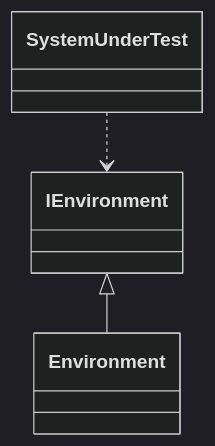
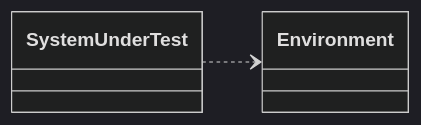
The second of 3 diagrams in _posts/2023-00-00-isolating-environment-variables-in-xunit-tests.md (jacobjmarks/thoughts), drawn with Mermaid (dark theme) before and after one commit. The commit also changed other lines of this file, not shown here.

````diff
--- a/_posts/2023-00-00-isolating-environment-variables-in-xunit-tests.md
+++ b/_posts/2023-00-00-isolating-environment-variables-in-xunit-tests.md
@@ -175,5 +175,5 @@
 ``` mermaid
 classDiagram
-    System Under Test ..> IEnvironment
-    IEnvironment <|-- Environment
+    direction LR
+    System Under Test ..> Environment
 ```
````
